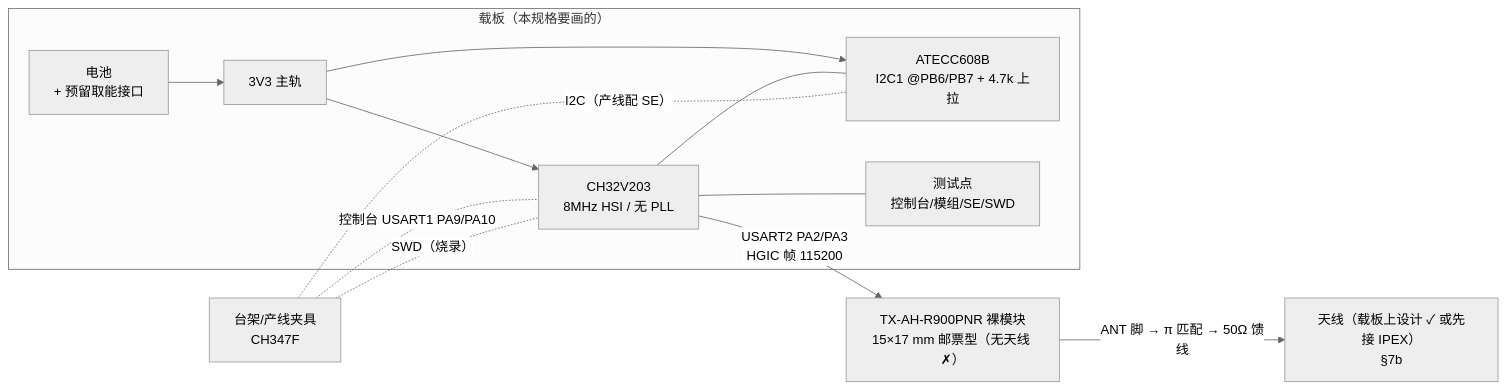
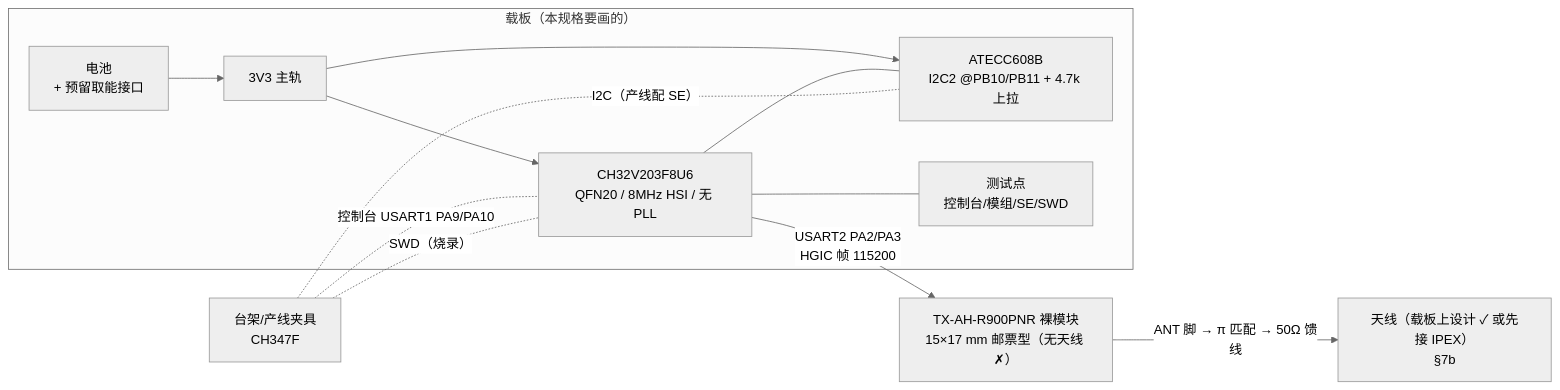
Before and after one commit to Orpah/orpah-client-demo: the first of 3 diagrams in docs/carrier-board-spec.md, drawn with Mermaid (neutral theme). The commit also changed other lines of this file, not shown here.

First line of the commit message:
载板规格：U1 改按 CH32V203F8U6（QFN20）口径

````diff
--- a/docs/carrier-board-spec.md
+++ b/docs/carrier-board-spec.md
@@ -33,23 +33,23 @@
 ```mermaid
 graph LR
   subgraph 载板["载板（本规格要画的）"]
     BAT["电池<br/>+ 预留取能接口"]
     RAIL["3V3 主轨"]
-    MCU["CH32V203<br/>8MHz HSI / 无 PLL"]
-    SE["ATECC608B<br/>I2C1 @PB6/PB7 + 4.7k 上拉"]
+    MCU["CH32V203F8U6<br/>QFN20 / 8MHz HSI / 无 PLL"]
+    SE["ATECC608B<br/>I2C2 @PB10/PB11 + 4.7k 上拉"]
     TP["测试点<br/>控制台/模组/SE/SWD"]
     BAT --> RAIL
     RAIL --> MCU
     RAIL --> SE
     MCU --- SE
     MCU --- TP
   end
   MOD["TX-AH-R900PNR 裸模块<br/>15×17 mm 邮票型（无天线 ✗）"]
   ANT["天线（载板上设计 ✓ 或先接 IPEX）<br/>§7b"]
   PC["台架/产线夹具<br/>CH347F"]
   MCU -- "USART2 PA2/PA3<br/>HGIC 帧 115200" --> MOD
   MOD -- "ANT 脚 → π 匹配 → 50Ω 馈线" --> ANT
   PC -. "控制台 USART1 PA9/PA10" .- MCU
   PC -. "I2C（产线配 SE）" .- SE
   PC -. "SWD（烧录）" .- MCU
 ```
````
